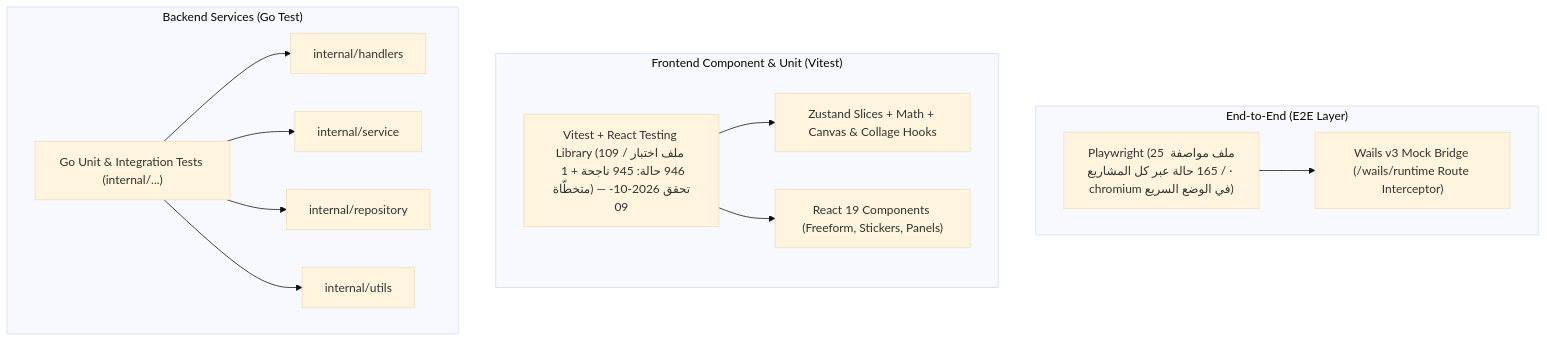
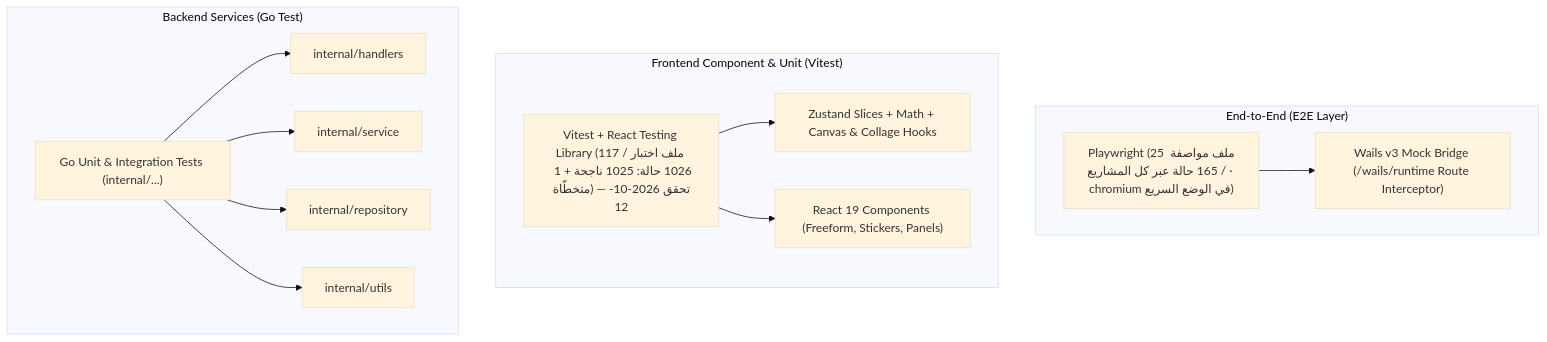
One commit to wisam79/grido changed the diagram in docs/testing_guide.md. Above: the diagram before and after it, drawn with Mermaid (base theme). The commit also changed 84 other files, not shown here.

````diff
--- a/docs/testing_guide.md
+++ b/docs/testing_guide.md
@@ -11,28 +11,28 @@
 ```mermaid
 flowchart TD
     subgraph E2E ["End-to-End (E2E Layer)"]
         PW["Playwright (25 ملف مواصفة / 165 حالة عبر كل المشاريع · chromium في الوضع السريع)"]
         Bridge["Wails v3 Mock Bridge (/wails/runtime Route Interceptor)"]
         PW --> Bridge
     end
 
     subgraph FE ["Frontend Component & Unit (Vitest)"]
-        VTests["Vitest + React Testing Library (109 ملف اختبار / 946 حالة: 945 ناجحة + 1 متخطّاة) — تحقق 2026-10-09"]
+        VTests["Vitest + React Testing Library (117 ملف اختبار / 1026 حالة: 1025 ناجحة + 1 متخطّاة) — تحقق 2026-10-12"]
         Zustand["Zustand Slices + Math + Canvas & Collage Hooks"]
         Comps["React 19 Components (Freeform, Stickers, Panels)"]
         VTests --> Zustand
         VTests --> Comps
     end
 
     subgraph BE ["Backend Services (Go Test)"]
         GoTests["Go Unit & Integration Tests (internal/...)"]
         Handlers["internal/handlers"]
         Services["internal/service"]
         Repo["internal/repository"]
         Utils["internal/utils"]
         GoTests --> Handlers
         GoTests --> Services
         GoTests --> Repo
         GoTests --> Utils
     end
 ```
````
